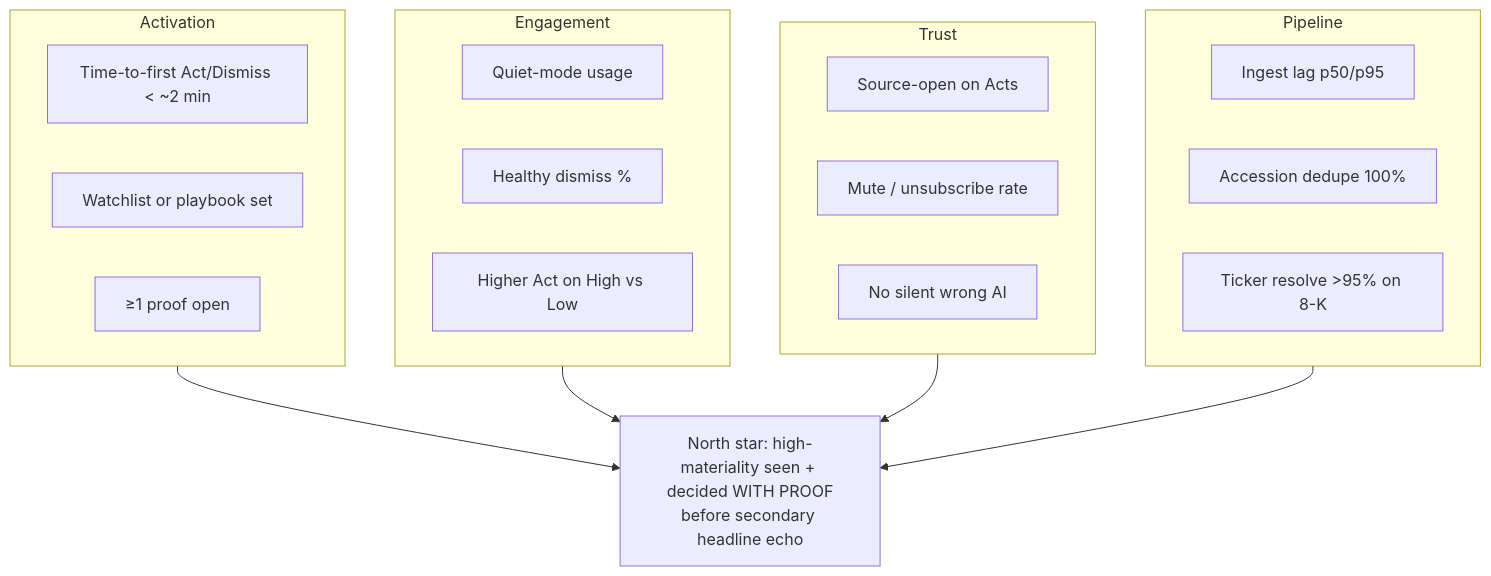
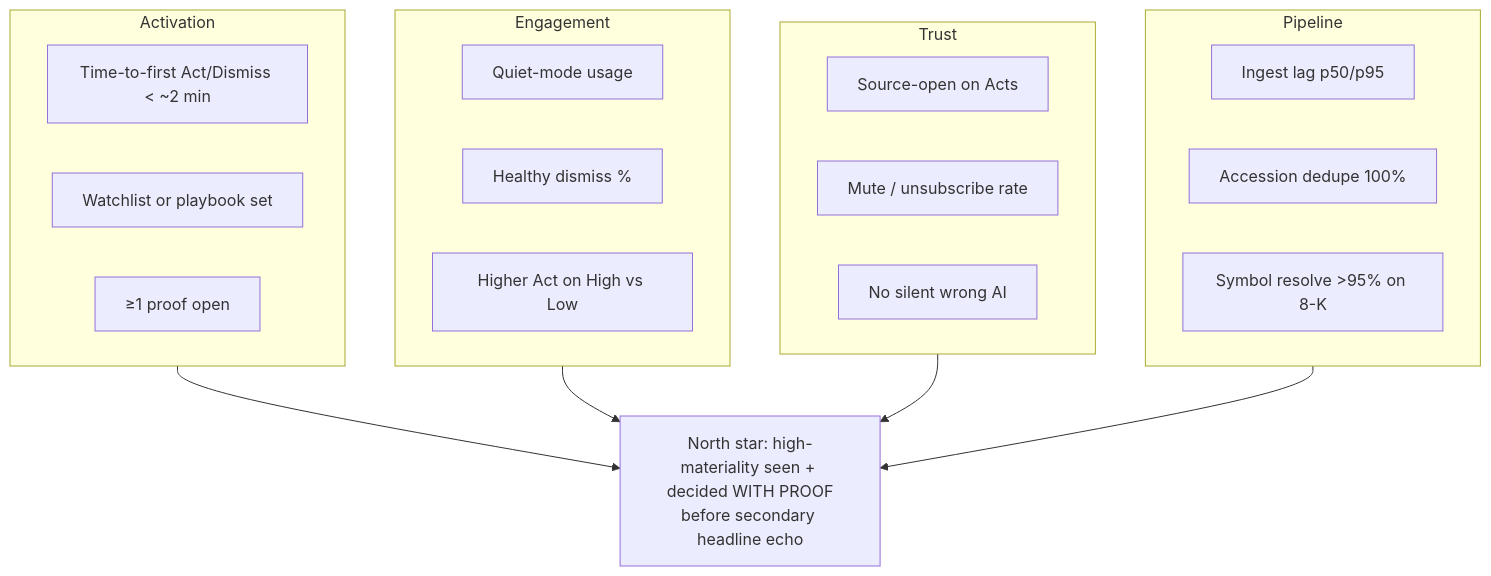
Before and after one commit to catalystintel/catalyst-intel: diagram 12 of 12 in docs/research/ENGINEER-UX-FEATURE-ROADMAP-VISUAL.md, drawn with Mermaid. The commit also changed other lines of this file and 100 other files, not shown here.

First line of the commit message:
refactor: use symbol instead of ticker as product terminology

````diff
--- a/docs/research/ENGINEER-UX-FEATURE-ROADMAP-VISUAL.md
+++ b/docs/research/ENGINEER-UX-FEATURE-ROADMAP-VISUAL.md
@@ -593,28 +593,28 @@
 ```mermaid
 flowchart TB
   subgraph Activation
     A1["Time-to-first Act/Dismiss &lt; ~2 min"]
     A2[Watchlist or playbook set]
     A3["≥1 proof open"]
   end
   subgraph Engagement
     E1[Quiet-mode usage]
     E2[Healthy dismiss %]
     E3[Higher Act on High vs Low]
   end
   subgraph Trust
     T1[Source-open on Acts]
     T2[Mute / unsubscribe rate]
     T3[No silent wrong AI]
   end
   subgraph Pipeline
     P1[Ingest lag p50/p95]
     P2[Accession dedupe 100%]
-    P3["Ticker resolve &gt;95% on 8-K"]
+    P3["Symbol resolve &gt;95% on 8-K"]
   end
   NS["North star: high-materiality seen + decided WITH PROOF<br/>before secondary headline echo"]
   Activation --> NS
   Engagement --> NS
   Trust --> NS
   Pipeline --> NS
 ```
````
